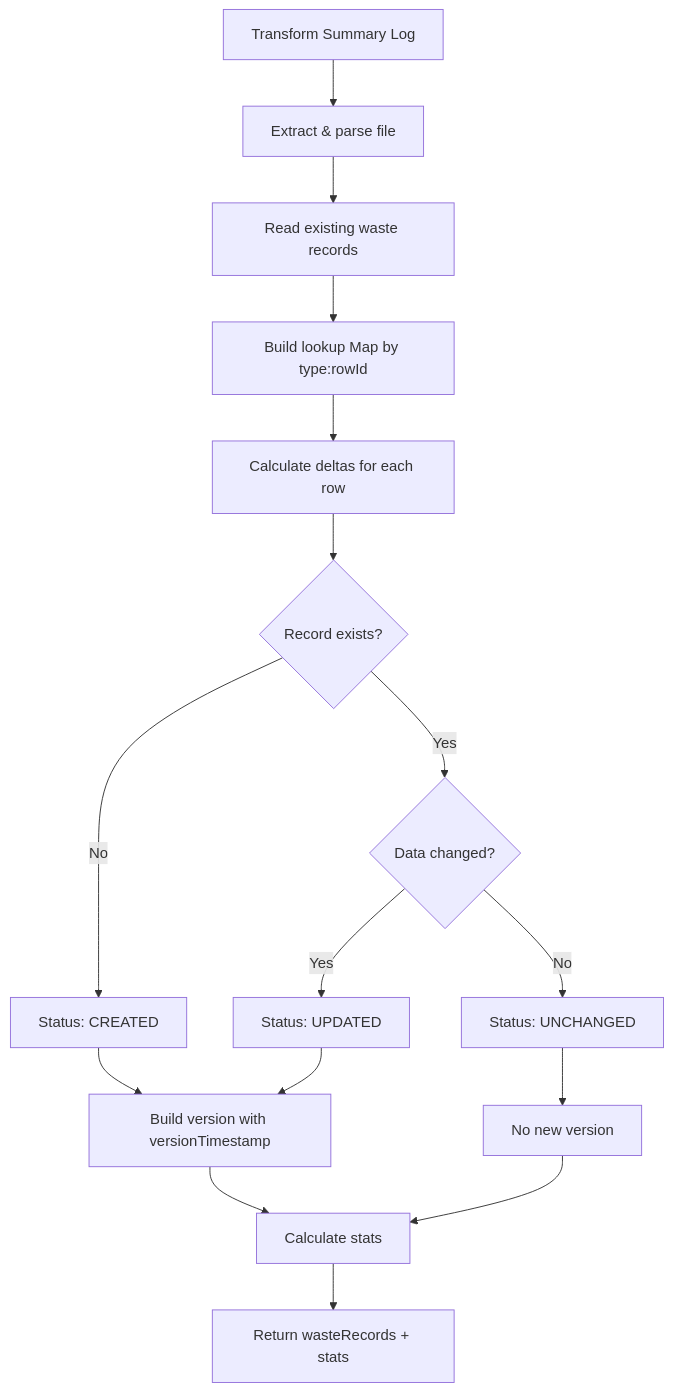
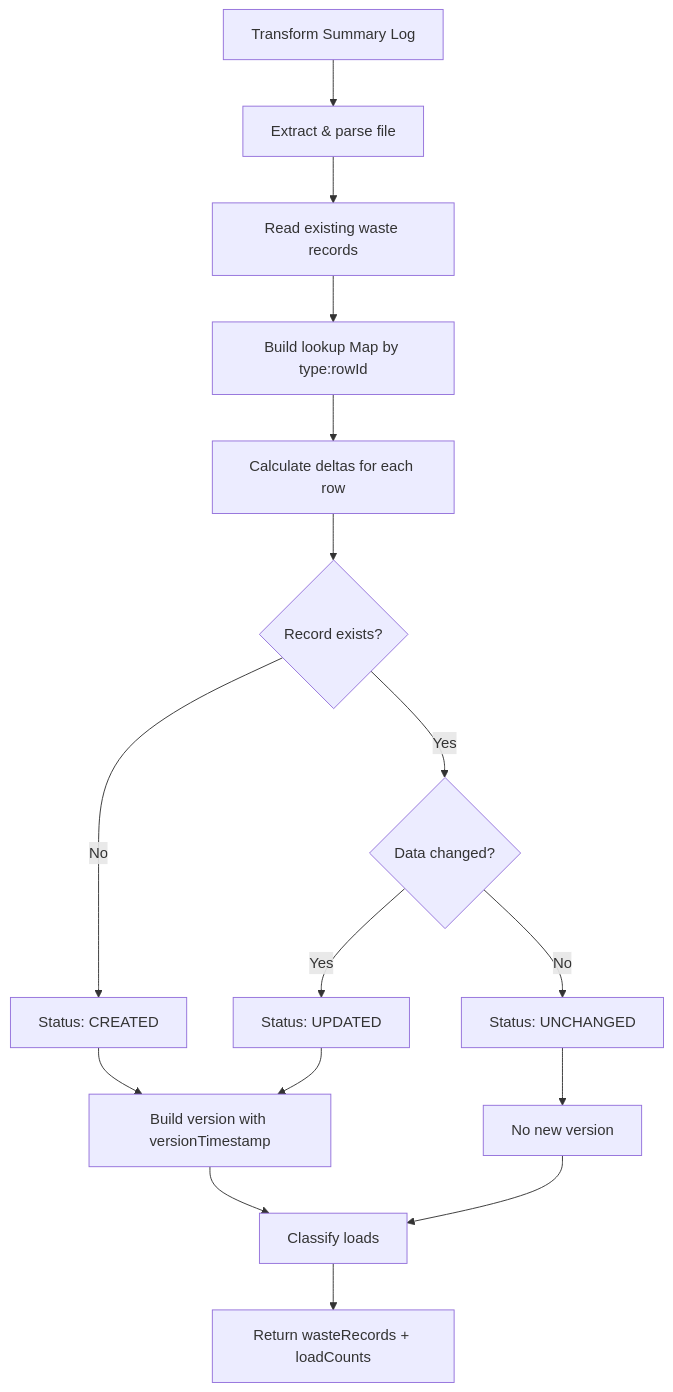
One commit to DEFRA/epr-backend changed the fourth of 7 diagrams in docs/architecture/defined/summary-log-submission-lld.md. Above: the diagram before and after it, drawn with Mermaid. The commit also changed other lines of this file, not shown here.

First line of the commit message:
Update LLD to reflect loadCounts implementation

````diff
--- a/docs/architecture/defined/summary-log-submission-lld.md
+++ b/docs/architecture/defined/summary-log-submission-lld.md
@@ -218,18 +218,18 @@
 ```mermaid
 flowchart TD
     A[Transform Summary Log] --> B[Extract & parse file]
     B --> C[Read existing waste records]
     C --> D[Build lookup Map by type:rowId]
     D --> E[Calculate deltas for each row]
     E --> F{Record exists?}
     F -->|Yes| G{Data changed?}
     F -->|No| H[Status: CREATED]
     G -->|Yes| I[Status: UPDATED]
     G -->|No| J[Status: UNCHANGED]
     H --> K[Build version with versionTimestamp]
     I --> K
     J --> L[No new version]
-    K --> M[Calculate stats]
+    K --> M[Classify loads]
     L --> M
-    M --> N[Return wasteRecords + stats]
+    M --> N[Return wasteRecords + loadCounts]
 ```
````
